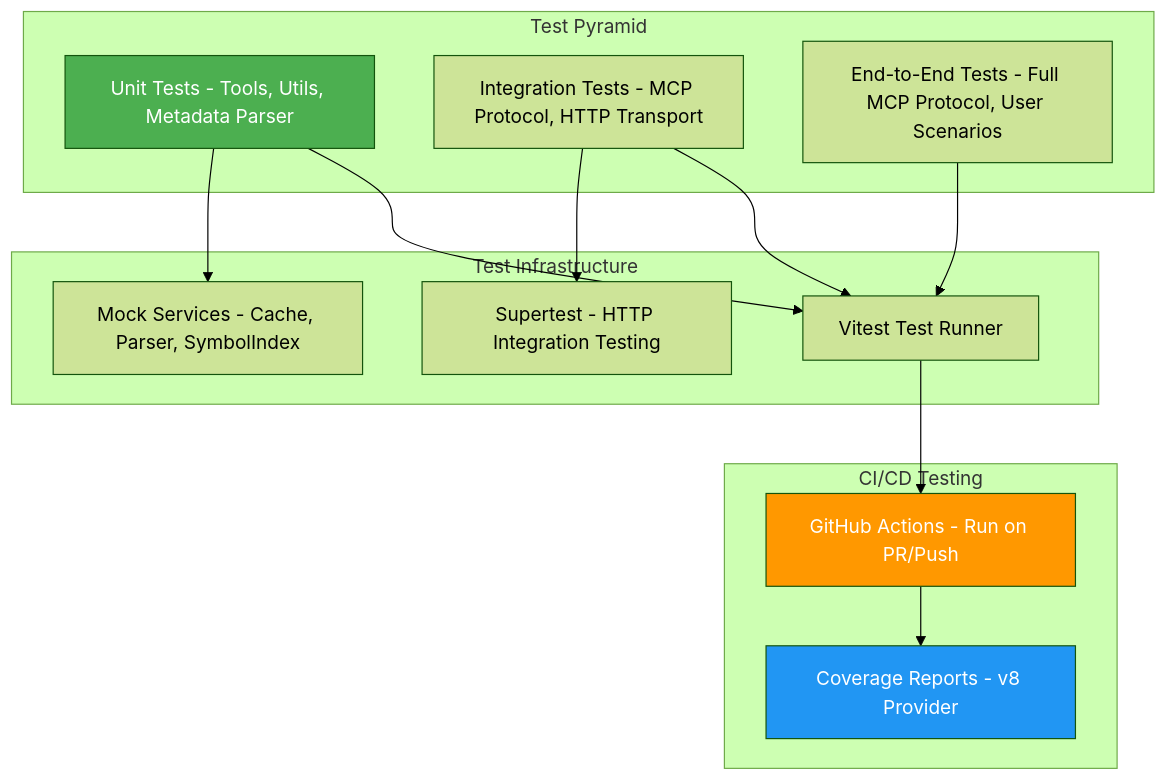
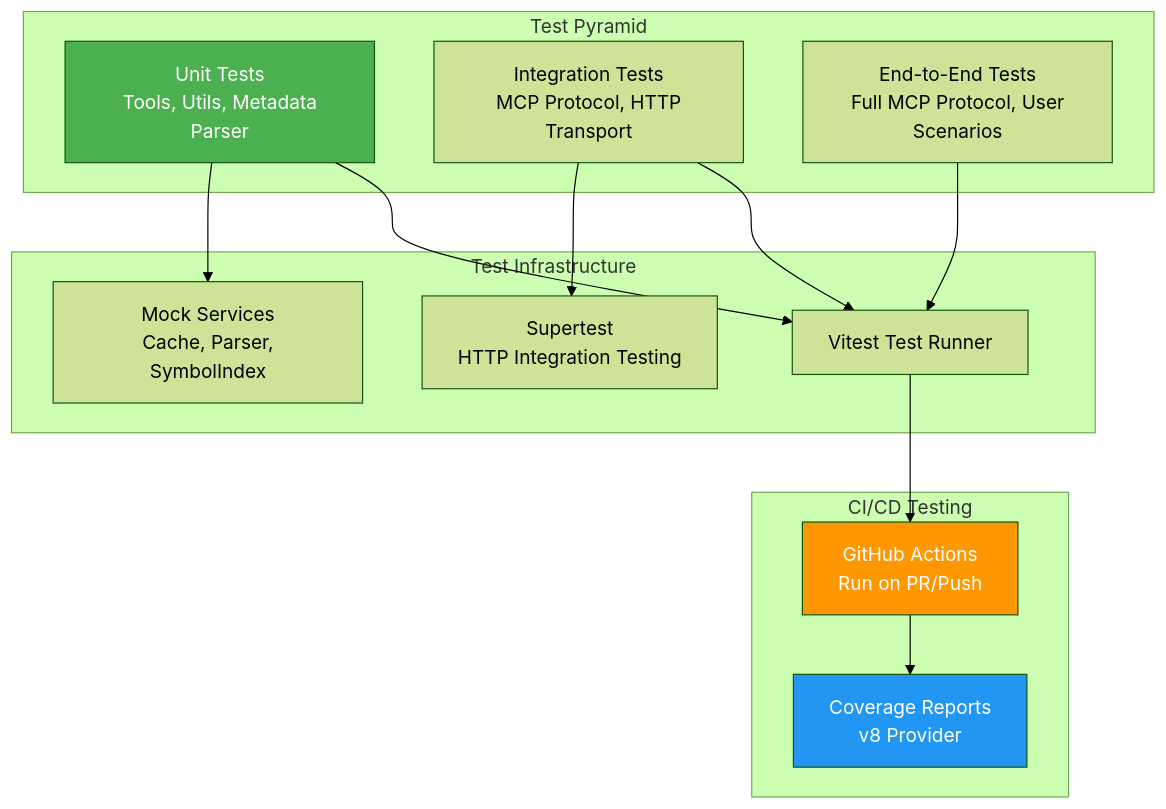
Before and after one commit to tfranczyk/d365fo-mcp-server: diagram 19 of 20 in docs/ARCHITECTURE.md, drawn with Mermaid (forest theme). The commit also changed other lines of this file, not shown here.

Commit message:
architecture.md diagram fix

````diff
--- a/docs/ARCHITECTURE.md
+++ b/docs/ARCHITECTURE.md
@@ -1011,33 +1011,33 @@
 ```mermaid
 graph TB
     subgraph "Test Pyramid"
-        UNIT[Unit Tests - Tools, Utils, Metadata Parser]
-        INT[Integration Tests - MCP Protocol, HTTP Transport]
-        E2E[End-to-End Tests - Full MCP Protocol, User Scenarios]
+        UNIT[Unit Tests\n Tools, Utils, Metadata Parser]
+        INT[Integration Tests\n MCP Protocol, HTTP Transport]
+        E2E[End-to-End Tests\n Full MCP Protocol, User Scenarios]
     end
 
     subgraph "Test Infrastructure"
         VITEST[Vitest Test Runner]
-        MOCKS[Mock Services - Cache, Parser, SymbolIndex]
-        SUPER[Supertest - HTTP Integration Testing]
+        MOCKS[Mock Services\n Cache, Parser, SymbolIndex]
+        SUPER[Supertest\n HTTP Integration Testing]
     end
 
     subgraph "CI/CD Testing"
-        CI[GitHub Actions - Run on PR/Push]
-        COV[Coverage Reports - v8 Provider]
+        CI[GitHub Actions\n Run on PR/Push]
+        COV[Coverage Reports\n v8 Provider]
     end
 
     UNIT --> VITEST
     INT --> VITEST
     E2E --> VITEST
     
     UNIT --> MOCKS
     INT --> SUPER
     
     VITEST --> CI
     CI --> COV
     
     style UNIT fill:#4CAF50,color:#fff
     style CI fill:#FF9800,color:#fff
     style COV fill:#2196F3,color:#fff
 ```
````
